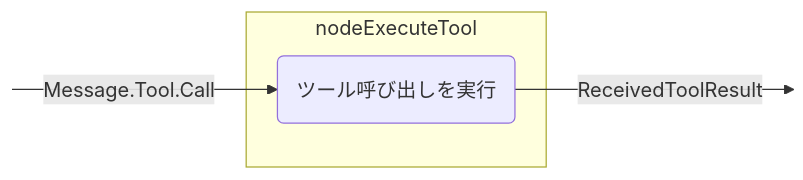
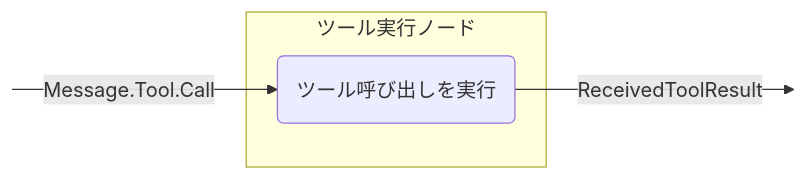
Before and after one commit to BinaryTape/Open-Docs: diagram 11 of 15 in docs/ja/koog/nodes-and-components.md, drawn with Mermaid. The commit also changed other lines of this file and 164 other files, not shown here.

````diff
--- a/docs/ja/koog/nodes-and-components.md
+++ b/docs/ja/koog/nodes-and-components.md
@@ -562,13 +561,13 @@
 ```mermaid
 graph LR
     in:::hidden
     out:::hidden
     
-    subgraph node ["nodeExecuteTool"]
+    subgraph node ["ツール実行ノード"]
         execute(ツール呼び出しを実行)
     end
     
     in --Message.Tool.Call--> execute --ReceivedToolResult--> out
 
     classDef hidden display: none;
 ```
````
